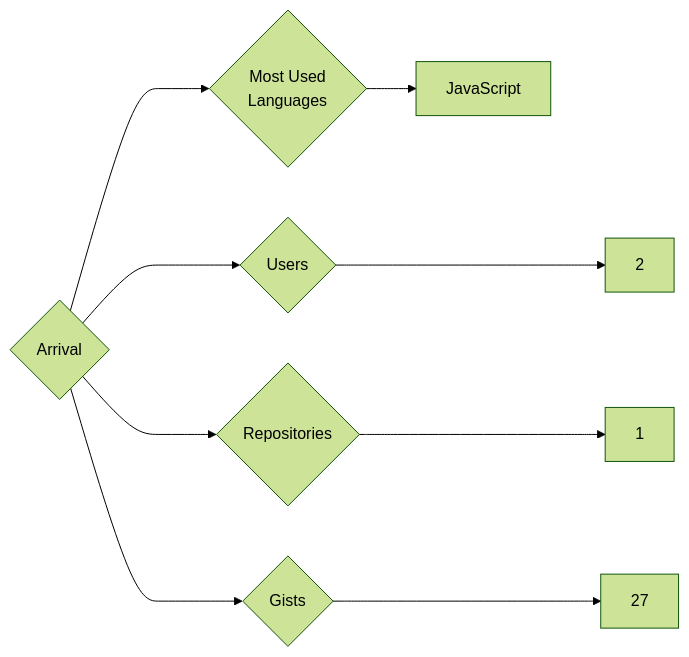
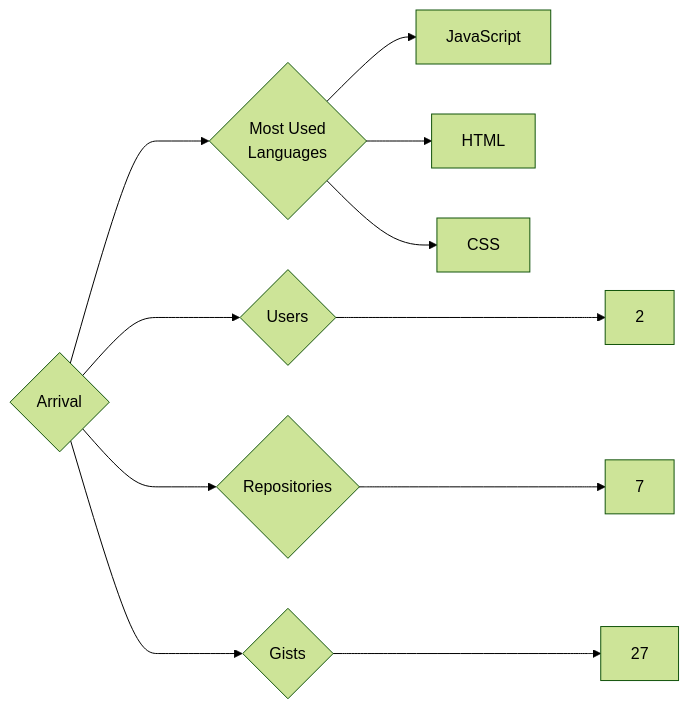
The diagram in targets/Arrival/README.md (trickest/insiders), drawn with Mermaid (forest theme) before and after one commit. The commit also changed 1055 other files, not shown here.

````diff
--- a/targets/Arrival/README.md
+++ b/targets/Arrival/README.md
@@ -3,9 +3,11 @@
 ```mermaid
 graph LR
 COMPANY_NAME{Arrival}
 COMPANY_NAME ---> U{Users} ---> UN[2]
-COMPANY_NAME ---> R{Repositories} ---> RN[1]
+COMPANY_NAME ---> R{Repositories} ---> RN[7]
 COMPANY_NAME ---> G{Gists} ---> GN[27]
 COMPANY_NAME ---> ML{Most Used<br>Languages}
 ML --> JavaScript[JavaScript]
+ML --> HTML[HTML]
+ML --> CSS[CSS]
 ```
````
